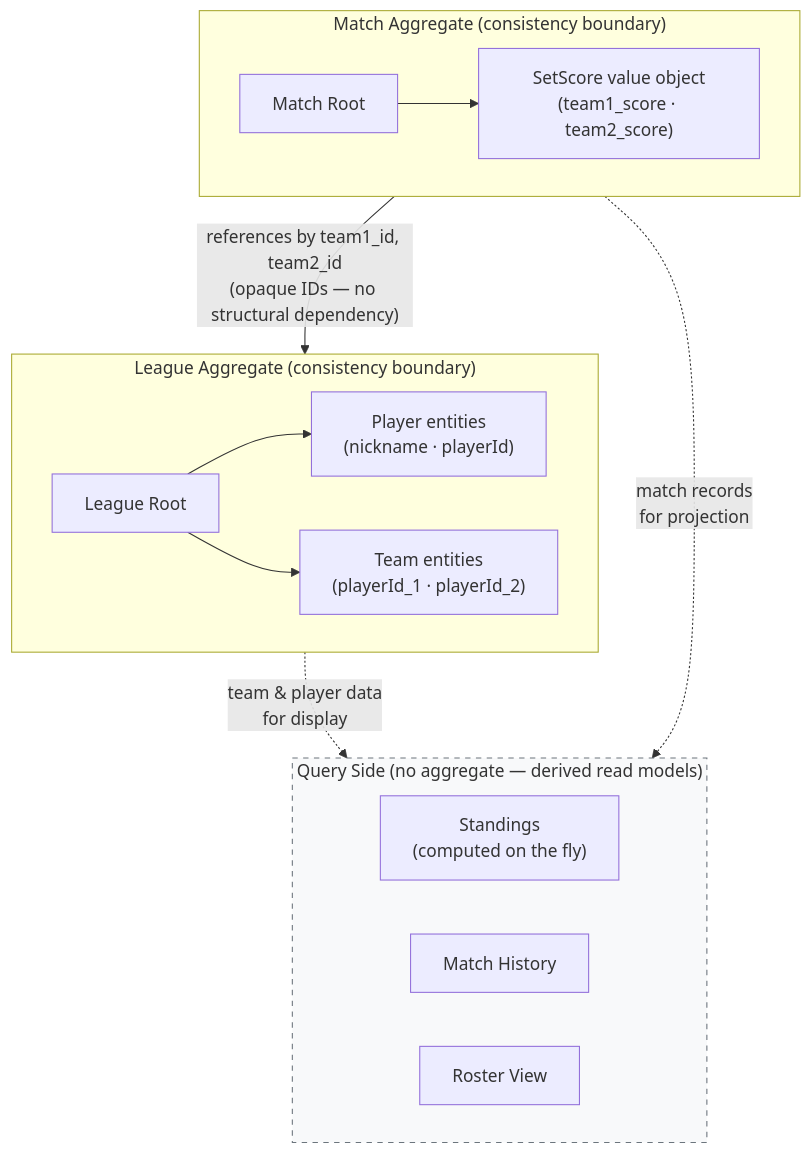
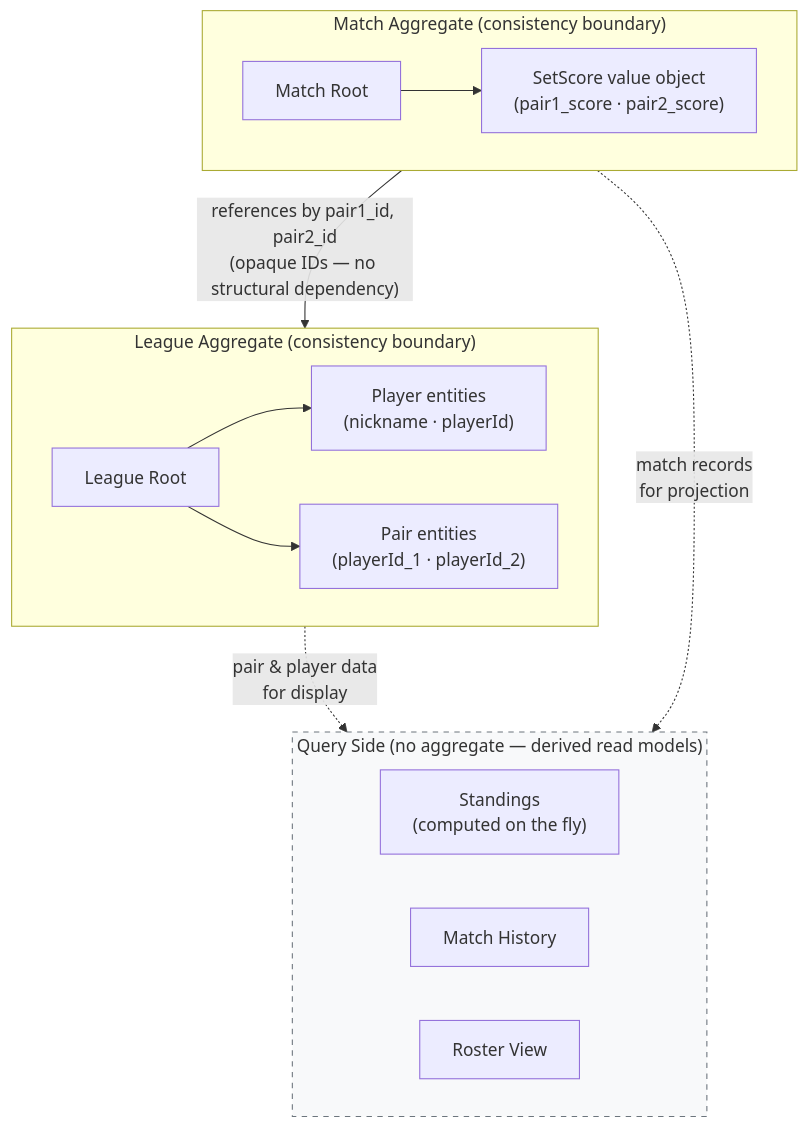
Before and after one commit to swjeong0825/TLMB_backend_main: the diagram in Design_Doc/TLMB_Design_doc/04_candidate_aggregates.md, drawn with Mermaid. The commit also changed other lines of this file and 113 other files, not shown here.

Commit message:
team_to_pair_migration

````diff
--- a/Design_Doc/TLMB_Design_doc/04_candidate_aggregates.md
+++ b/Design_Doc/TLMB_Design_doc/04_candidate_aggregates.md
@@ -5,28 +5,28 @@
 ```mermaid
 flowchart TD
     subgraph LEAGUE ["League Aggregate  (consistency boundary)"]
         LR["League Root"]
         P["Player entities\n(nickname · playerId)"]
-        T["Team entities\n(playerId_1 · playerId_2)"]
+        T["Pair entities\n(playerId_1 · playerId_2)"]
         LR --> P
         LR --> T
     end
 
     subgraph MATCH ["Match Aggregate  (consistency boundary)"]
         MR["Match Root"]
-        SS["SetScore value object\n(team1_score · team2_score)"]
+        SS["SetScore value object\n(pair1_score · pair2_score)"]
         MR --> SS
     end
 
     subgraph QUERY ["Query Side  (no aggregate — derived read models)"]
         ST["Standings\n(computed on the fly)"]
         MH["Match History"]
         RV["Roster View"]
     end
 
-    MATCH -->|"references by team1_id, team2_id\n(opaque IDs — no structural dependency)"| LEAGUE
-    LEAGUE -.->|"team & player data\nfor display"| QUERY
+    MATCH -->|"references by pair1_id, pair2_id\n(opaque IDs — no structural dependency)"| LEAGUE
+    LEAGUE -.->|"pair & player data\nfor display"| QUERY
     MATCH -.->|"match records\nfor projection"| QUERY
 
     style QUERY fill:#f8f9fa,stroke:#6c757d,stroke-dasharray: 5 5
 ```
````
